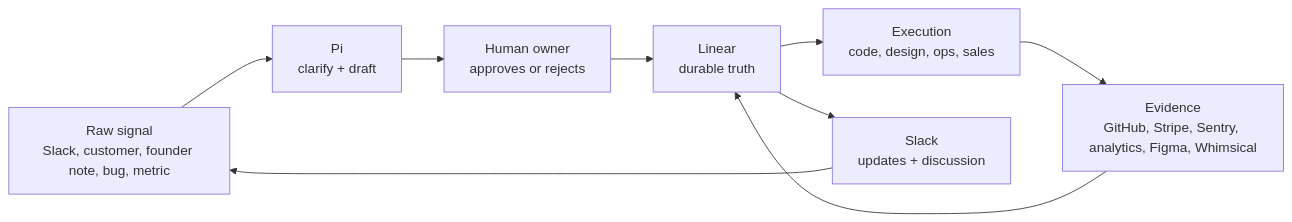
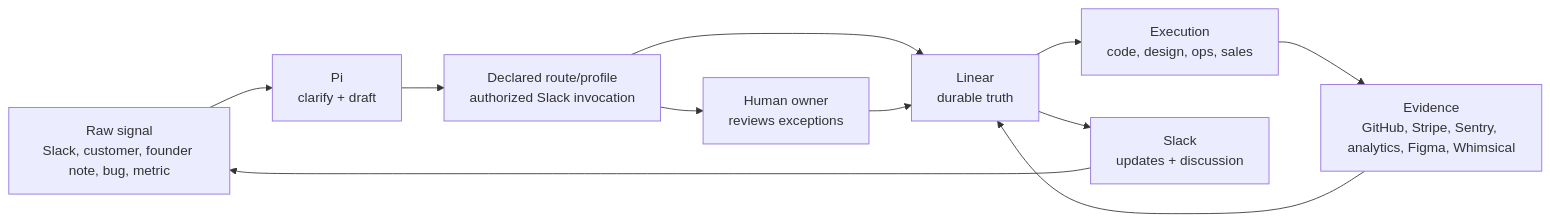
Before and after one commit to goose4500/covent-agent-os: the first of 5 diagrams in docs/source-of-truth/COVENT_OPERATING_SOURCE_OF_TRUTH_V0.md, drawn with Mermaid. The commit also changed other lines of this file and 26 other files, not shown here.

````diff
--- a/docs/source-of-truth/COVENT_OPERATING_SOURCE_OF_TRUTH_V0.md
+++ b/docs/source-of-truth/COVENT_OPERATING_SOURCE_OF_TRUTH_V0.md
@@ -27,11 +29,13 @@
 ```mermaid
 flowchart LR
     Signal["Raw signal<br/>Slack, customer, founder note, bug, metric"] --> Pi["Pi<br/>clarify + draft"]
-    Pi --> Human["Human owner<br/>approves or rejects"]
-    Human --> Linear["Linear<br/>durable truth"]
+    Pi --> Route["Declared route/profile<br/>authorized Slack invocation"]
+    Route --> Human["Human owner<br/>reviews exceptions"]
+    Route --> Linear["Linear<br/>durable truth"]
+    Human --> Linear
     Linear --> Work["Execution<br/>code, design, ops, sales"]
     Work --> Evidence["Evidence<br/>GitHub, Stripe, Sentry, analytics, Figma, Whimsical"]
     Evidence --> Linear
     Linear --> Slack["Slack<br/>updates + discussion"]
     Slack --> Signal
 ```
````
